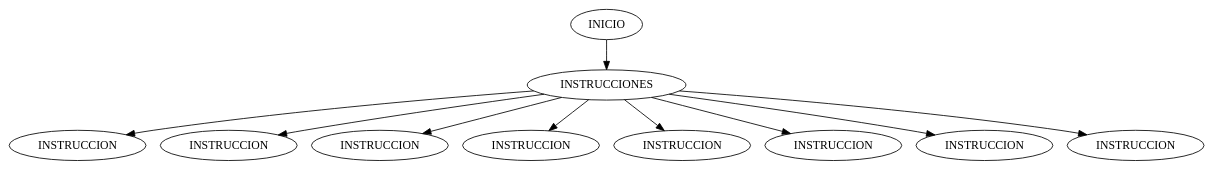
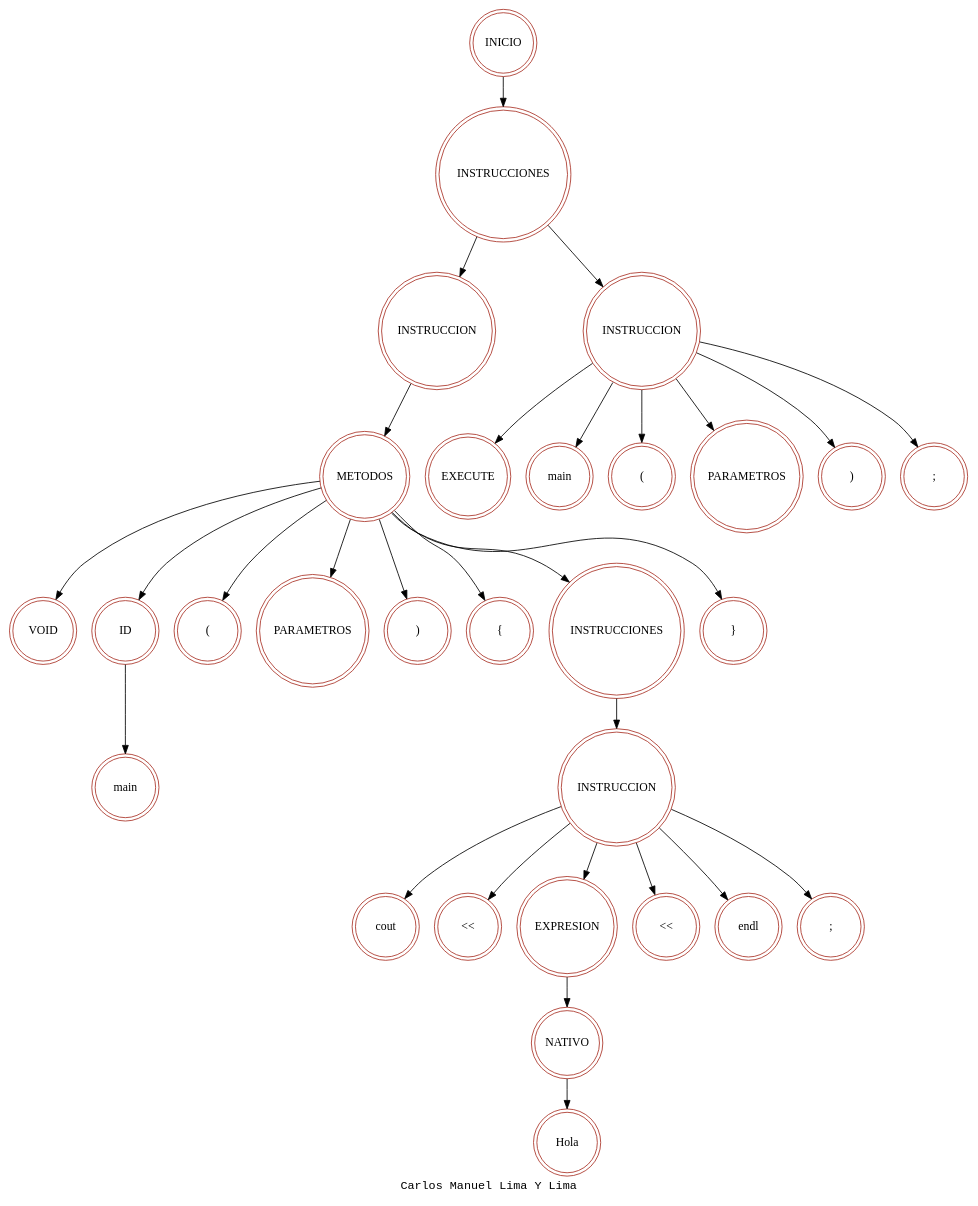
Before and after one commit to manuelimal02/OLC1_Proyecto2_202201524: the diagram in backend/ReporteArbol.dot, drawn with Graphviz. The commit also changed 24 other files, not shown here.

```diff
--- a/backend/ReporteArbol.dot
+++ b/backend/ReporteArbol.dot
@@ -1,22 +1,65 @@
 digraph ast{
+label="Carlos Manuel Lima Y Lima"fontname="Courier New"node [
+shape = doublecircle
+width = 1.0
+color = "#A93226"
+]
 nINICIO[label="INICIO"];
 nINSTRUCCIONES[label="INSTRUCCIONES"];
 nINICIO->nINSTRUCCIONES;
-n17[label="INSTRUCCION"];
-nINSTRUCCIONES->n17;
-n18[label="INSTRUCCION"];
-nINSTRUCCIONES->n18;
-n19[label="INSTRUCCION"];
-nINSTRUCCIONES->n19;
-n20[label="INSTRUCCION"];
-nINSTRUCCIONES->n20;
+n1[label="INSTRUCCION"];
+nINSTRUCCIONES->n1;
+n2[label="METODOS"];
+n3[label="VOID"];
+n4[label="ID"];
+n5[label="main"];
+n6[label="("];
+n7[label="PARAMETROS"];
+n8[label=")"];
+n9[label="{"];
+n10[label="INSTRUCCIONES"];
+n11[label="INSTRUCCION"];
+n12[label="}"];
+n2 -> n3;
+n2 -> n4;
+n4 -> n5;
+n2 -> n6;
+n2 -> n7;
+n2 -> n8;
+n2 -> n9;
+n2 -> n10;
+n10 -> n11;
+n2 -> n12;
+n1 -> n2;
+n13[label="cout"];
+n14[label="<<"];
+n15[label="EXPRESION"];
+n16[label="<<"];
+n17[label="endl"];
+n18[label=";"];
+n11 -> n13;
+n11 -> n14;
+n11 -> n15;
+n11 -> n16;
+n11 -> n17;
+n11 -> n18;
+n19[label="NATIVO"];
+n20[label="Hola"];
+n19->n20;
+n15->n19;
 n21[label="INSTRUCCION"];
 nINSTRUCCIONES->n21;
-n22[label="INSTRUCCION"];
-nINSTRUCCIONES->n22;
-n23[label="INSTRUCCION"];
-nINSTRUCCIONES->n23;
-n24[label="INSTRUCCION"];
-nINSTRUCCIONES->n24;
+n22[label="EXECUTE"];
+n23[label="main"];
+n24[label="("];
+n25[label="PARAMETROS"];
+n26[label=")"];
+n27[label=";"];
+n21 -> n22;
+n21 -> n23;
+n21 -> n24;
+n21 -> n25;
+n21 -> n26;
+n21 -> n27;
 
 }
```
